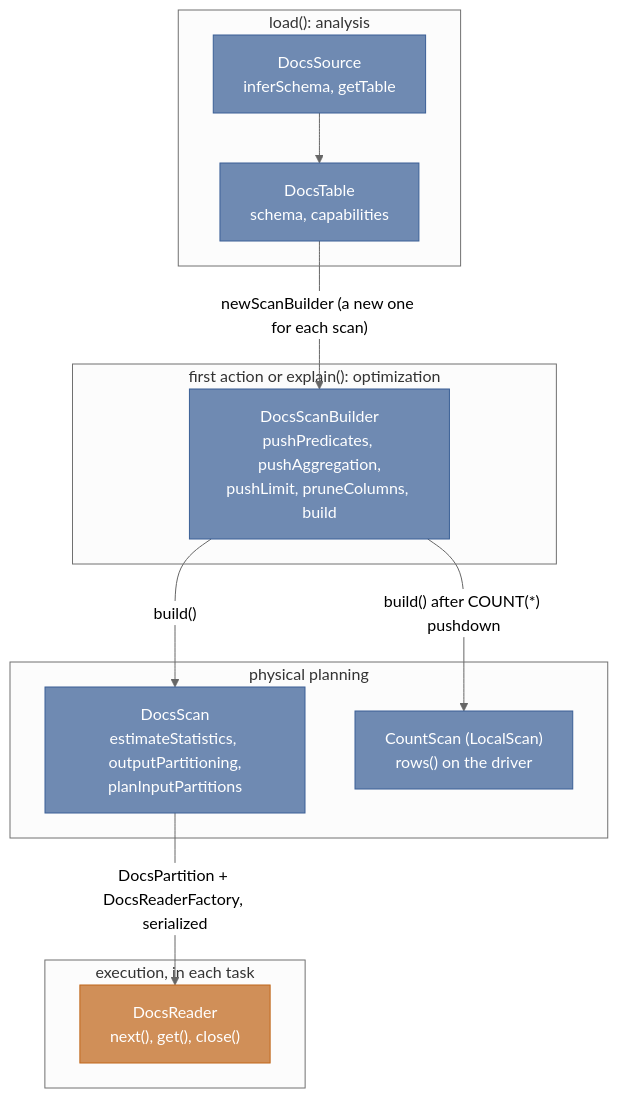
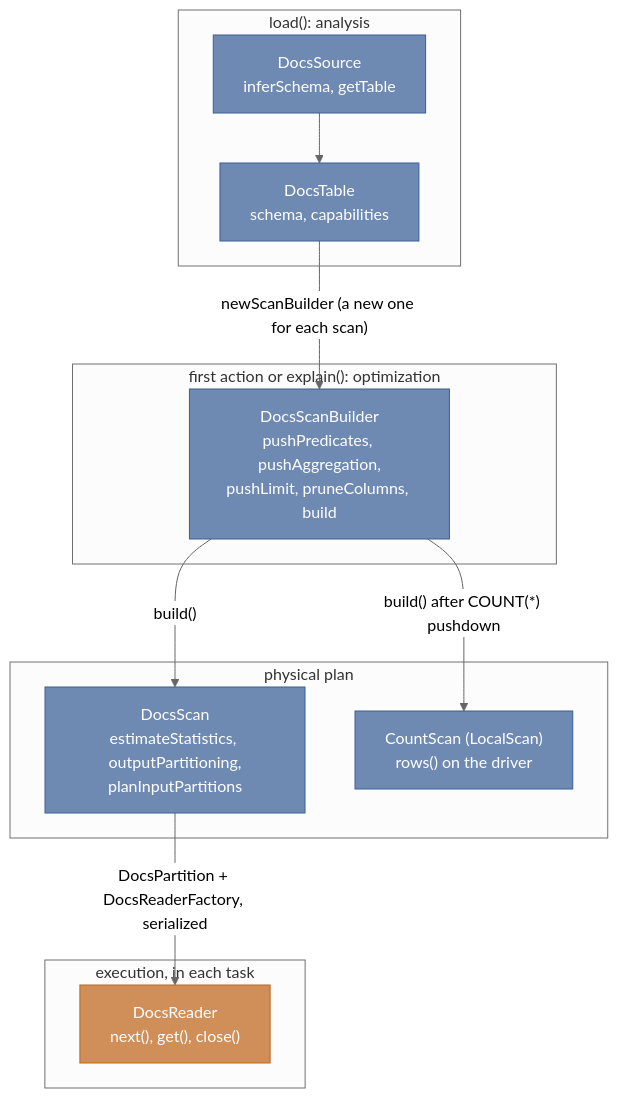
One commit to lisancao/spark-masterclass changed the first of 3 diagrams in book/chapters/ch52-dsv2-connector-java.md. Above: the diagram before and after it, drawn with Mermaid (neutral theme). The commit also changed other lines of this file and 11 other files, not shown here.

````diff
--- a/book/chapters/ch52-dsv2-connector-java.md
+++ b/book/chapters/ch52-dsv2-connector-java.md
@@ -180,23 +180,23 @@
 ```mermaid
 flowchart TB
   classDef drv fill:#3a5f96,fill-opacity:0.72,stroke:#3a5f96,color:#ffffff
   classDef exe fill:#c0661a,fill-opacity:0.72,stroke:#c0661a,color:#ffffff
   classDef ser fill:#4b5563,fill-opacity:0.72,stroke:#4b5563,color:#ffffff
   subgraph load["load(): analysis"]
     src["DocsSource<br/>inferSchema, getTable"]:::drv --> tbl["DocsTable<br/>schema, capabilities"]:::drv
   end
   subgraph opt["first action or explain(): optimization"]
     sb["DocsScanBuilder<br/>pushPredicates, pushAggregation,<br/>pushLimit, pruneColumns, build"]:::drv
   end
-  subgraph phys["physical planning"]
+  subgraph phys["physical plan"]
     scan["DocsScan<br/>estimateStatistics, outputPartitioning,<br/>planInputPartitions"]:::drv
     cnt["CountScan (LocalScan)<br/>rows() on the driver"]:::drv
   end
   subgraph run["execution, in each task"]
     rd["DocsReader<br/>next(), get(), close()"]:::exe
   end
   tbl -->|"newScanBuilder (a new one for each scan)"| sb
   sb -->|"build()"| scan
   sb -->|"build() after COUNT(*) pushdown"| cnt
   scan -->|"DocsPartition + DocsReaderFactory, serialized"| rd
 ```
````
